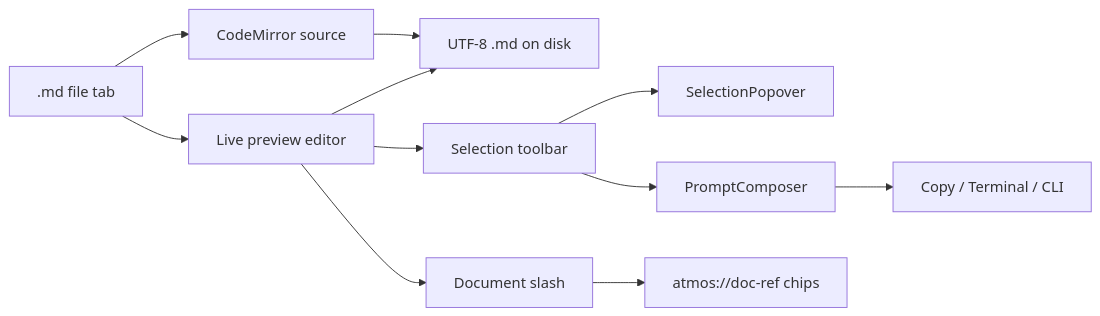
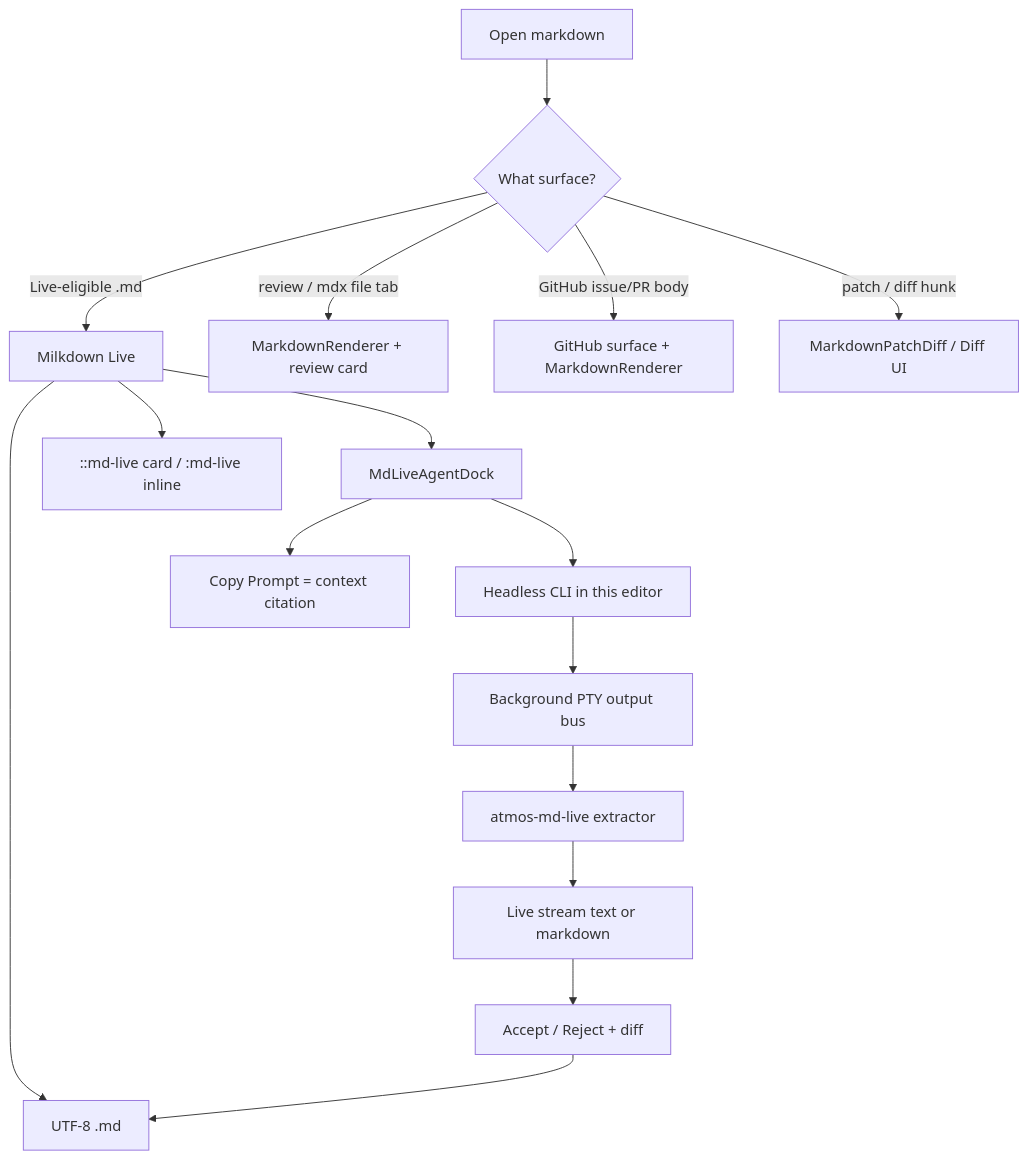
The diagram in specs/APP/APP-067_document-editor/TECH.md (AruNi-01/atmos), drawn with Mermaid before and after one commit. The commit also changed other lines of this file and 85 other files, not shown here.

First line of the commit message:
feat(web): ship APP-067 live markdown editor

````diff
--- a/specs/APP/APP-067_document-editor/TECH.md
+++ b/specs/APP/APP-067_document-editor/TECH.md
@@ -25,13 +34,18 @@
 ```mermaid
-flowchart LR
-  FileTab[".md file tab"] --> Live["Live preview editor"]
-  FileTab --> Source["CodeMirror source"]
-  Live --> Md["UTF-8 .md on disk"]
-  Source --> Md
-  Live --> Slash["Document slash"]
-  Live --> Tb["Selection toolbar"]
-  Tb --> Sel["SelectionPopover"]
-  Tb --> Comp["PromptComposer"]
-  Comp --> Adp["Copy / Terminal / CLI"]
-  Slash --> Chips["atmos://doc-ref chips"]
+flowchart TD
+  Open["Open markdown"] --> Kind{"What surface?"}
+  Kind -->|"Live-eligible .md"| Live["Milkdown Live"]
+  Kind -->|"review / mdx file tab"| RO["MarkdownRenderer + review card"]
+  Kind -->|"GitHub issue/PR body"| GH["GitHub surface + MarkdownRenderer"]
+  Kind -->|"patch / diff hunk"| Diff["MarkdownPatchDiff / Diff UI"]
+  Live --> Disk["UTF-8 .md"]
+  Live --> Embed["::md-live card / :md-live inline"]
+  Live --> Dock["MdLiveAgentDock"]
+  Dock --> Copy["Copy Prompt = context citation"]
+  Dock --> CLI["Headless CLI in this editor"]
+  CLI --> Pty["Background PTY output bus"]
+  Pty --> Fence["atmos-md-live extractor"]
+  Fence --> Stream["Live stream text or markdown"]
+  Stream --> AR["Accept / Reject + diff"]
+  AR --> Disk
 ```
````
